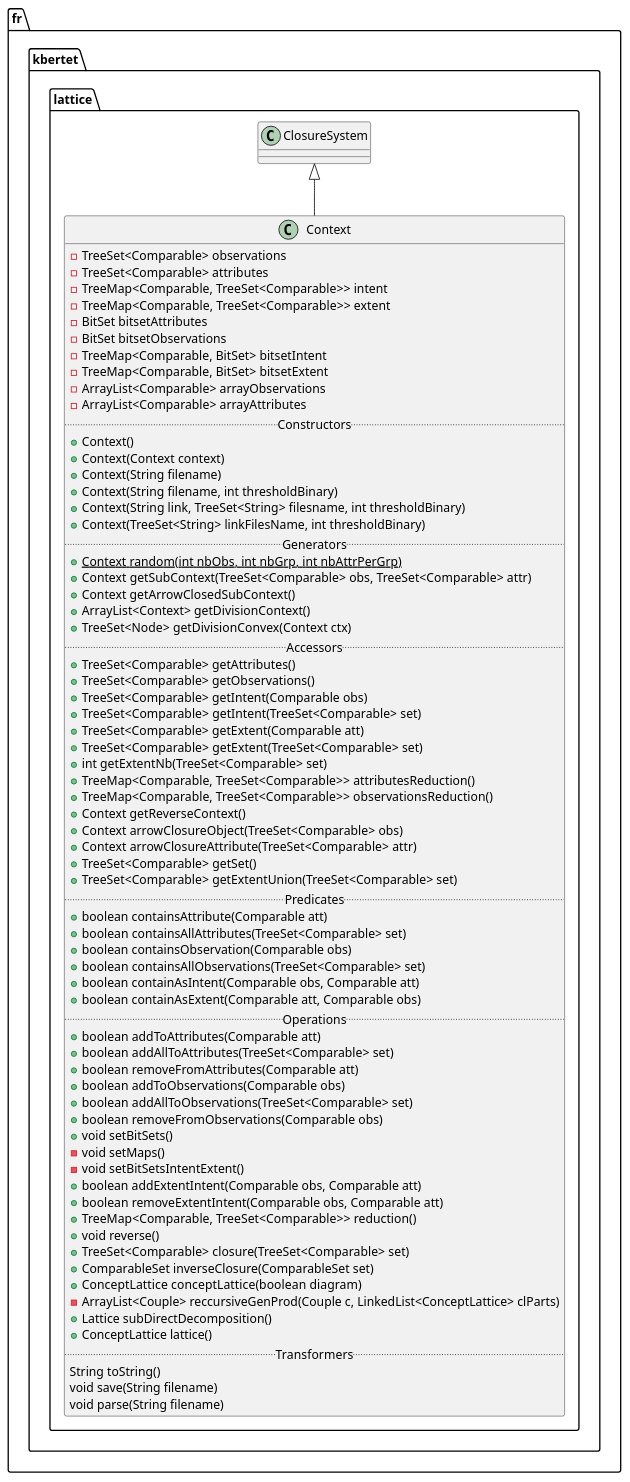
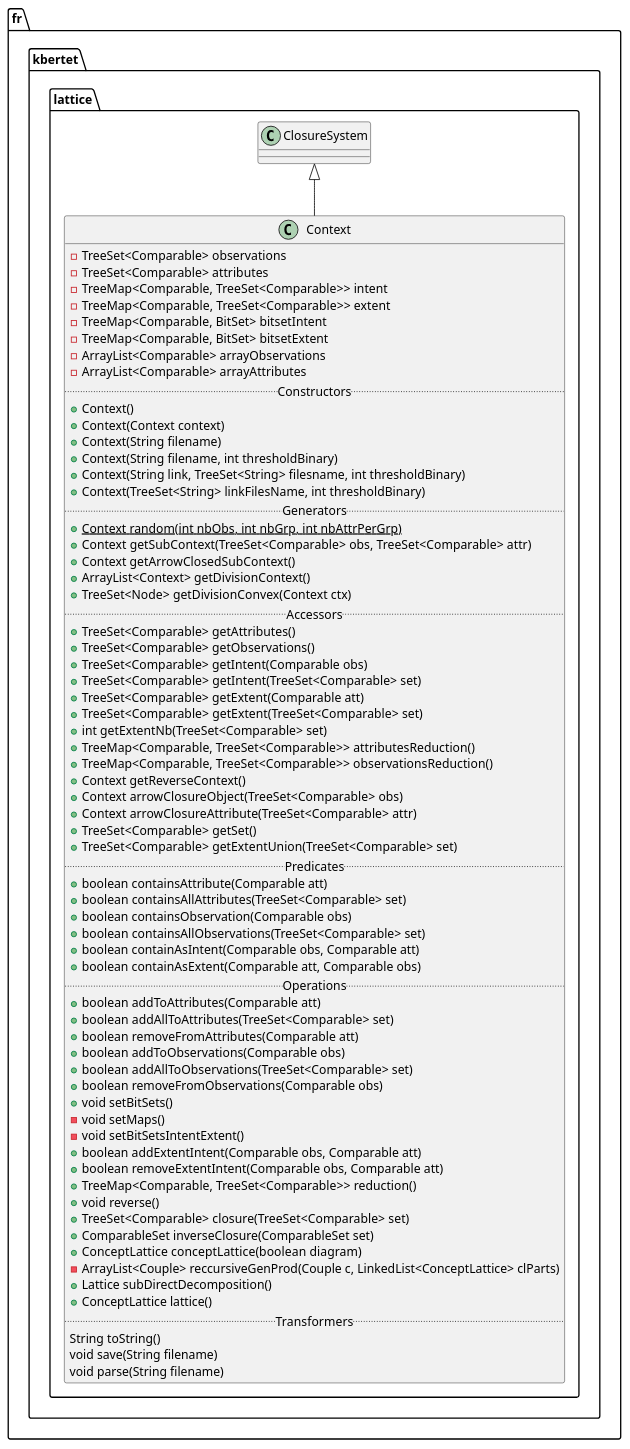
One commit to thegalactic/java-lattices changed the diagram in src/main/javadoc/resources/fr/kbertet/lattice/Context.iuml. Above: the diagram before and after it, drawn with PlantUML. The commit also changed 1 other file, not shown here.

Commit message:
Removing useless attributes

```diff
--- a/src/main/javadoc/resources/fr/kbertet/lattice/Context.iuml
+++ b/src/main/javadoc/resources/fr/kbertet/lattice/Context.iuml
@@ -1,75 +1,73 @@
 package fr.kbertet.lattice {
     class Context {
         -TreeSet<Comparable> observations
         -TreeSet<Comparable> attributes
         -TreeMap<Comparable, TreeSet<Comparable>> intent
         -TreeMap<Comparable, TreeSet<Comparable>> extent
-        -BitSet bitsetAttributes
-        -BitSet bitsetObservations
         -TreeMap<Comparable, BitSet> bitsetIntent
         -TreeMap<Comparable, BitSet> bitsetExtent
         -ArrayList<Comparable> arrayObservations
         -ArrayList<Comparable> arrayAttributes
         .. Constructors ..
         +Context()
         +Context(Context context)
         +Context(String filename)
         +Context(String filename, int thresholdBinary)
         +Context(String link, TreeSet<String> filesname, int thresholdBinary)
         +Context(TreeSet<String> linkFilesName, int thresholdBinary)
         .. Generators ..
         {static}+Context random(int nbObs, int nbGrp, int nbAttrPerGrp)
         +Context getSubContext(TreeSet<Comparable> obs, TreeSet<Comparable> attr)
         +Context getArrowClosedSubContext()
         +ArrayList<Context> getDivisionContext()
         +TreeSet<Node> getDivisionConvex(Context ctx)
         .. Accessors ..
         +TreeSet<Comparable> getAttributes()
         +TreeSet<Comparable> getObservations()
         +TreeSet<Comparable> getIntent(Comparable obs)
         +TreeSet<Comparable> getIntent(TreeSet<Comparable> set)
         +TreeSet<Comparable> getExtent(Comparable att)
         +TreeSet<Comparable> getExtent(TreeSet<Comparable> set)
         +int getExtentNb(TreeSet<Comparable> set)
         +TreeMap<Comparable, TreeSet<Comparable>> attributesReduction()
         +TreeMap<Comparable, TreeSet<Comparable>> observationsReduction()
         +Context getReverseContext()
         +Context arrowClosureObject(TreeSet<Comparable> obs)
         +Context arrowClosureAttribute(TreeSet<Comparable> attr)
         +TreeSet<Comparable> getSet()
         +TreeSet<Comparable> getExtentUnion(TreeSet<Comparable> set)
         .. Predicates ..
         +boolean containsAttribute(Comparable att)
         +boolean containsAllAttributes(TreeSet<Comparable> set)
         +boolean containsObservation(Comparable obs)
         +boolean containsAllObservations(TreeSet<Comparable> set)
         +boolean containAsIntent(Comparable obs, Comparable att)
         +boolean containAsExtent(Comparable att, Comparable obs)
         .. Operations ..
         +boolean addToAttributes(Comparable att)
         +boolean addAllToAttributes(TreeSet<Comparable> set)
         +boolean removeFromAttributes(Comparable att)
         +boolean addToObservations(Comparable obs)
         +boolean addAllToObservations(TreeSet<Comparable> set)
         +boolean removeFromObservations(Comparable obs)
         +void setBitSets()
         -void setMaps()
         -void setBitSetsIntentExtent()
         +boolean addExtentIntent(Comparable obs, Comparable att)
         +boolean removeExtentIntent(Comparable obs, Comparable att)
         +TreeMap<Comparable, TreeSet<Comparable>> reduction()
         +void reverse()
         +TreeSet<Comparable> closure(TreeSet<Comparable> set)
         +ComparableSet inverseClosure(ComparableSet set)
         +ConceptLattice conceptLattice(boolean  diagram)
         -ArrayList<Couple> reccursiveGenProd(Couple c, LinkedList<ConceptLattice> clParts)
         +Lattice subDirectDecomposition()
         +ConceptLattice lattice()
         .. Transformers ..
         String toString()
         void save(String filename)
         void parse(String filename)
     }
 
     ClosureSystem <|-- Context
 }
```
